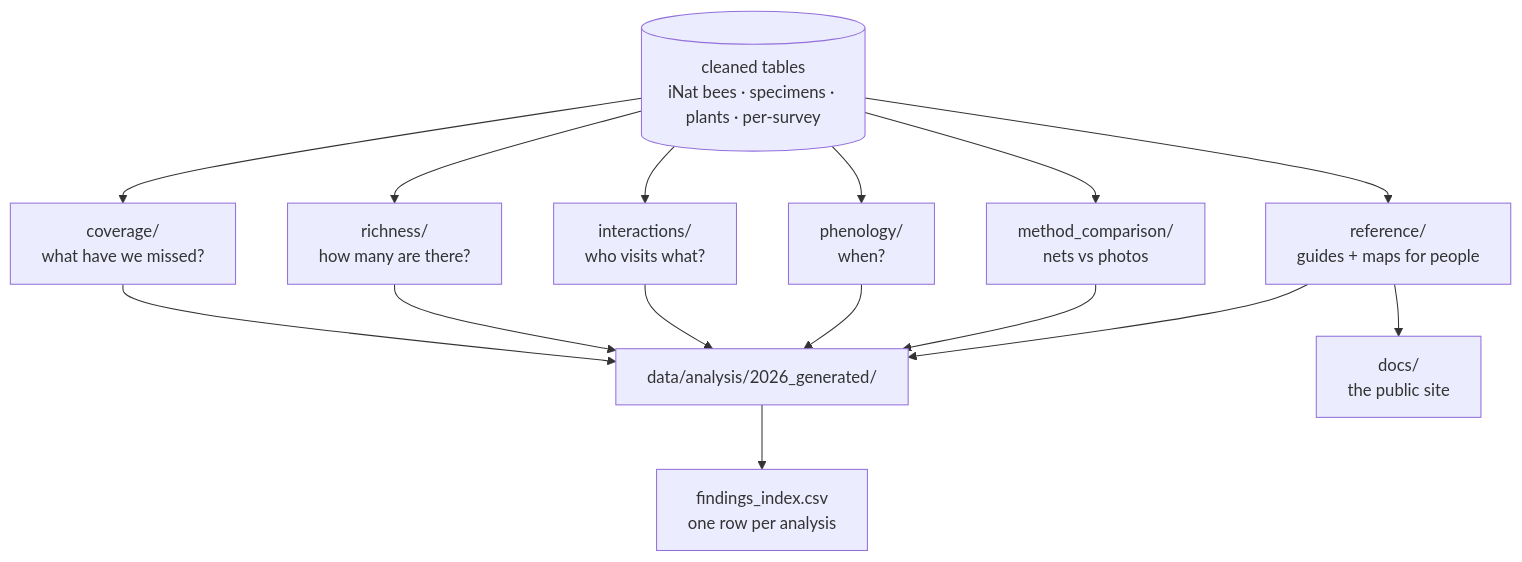
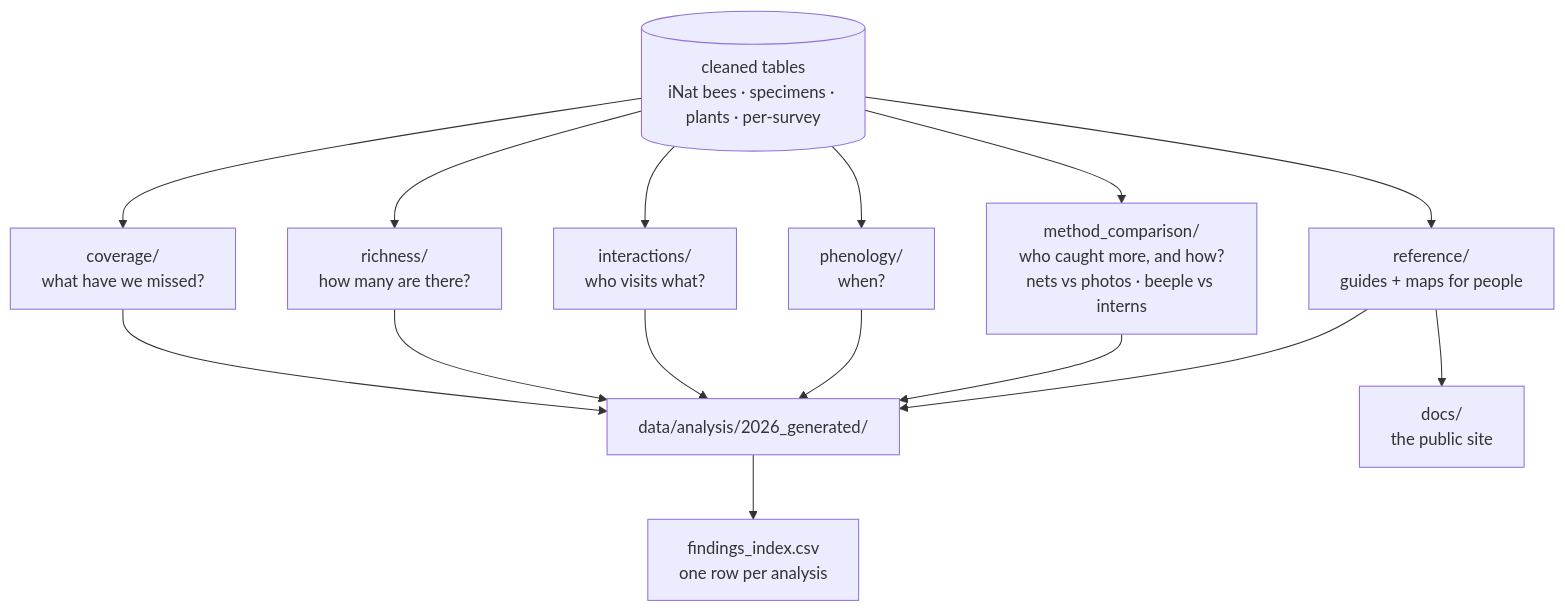
Before and after one commit to RandomBirdLover/beescabr: the diagram in dev-docs/DATA_ANALYSIS.md, drawn with Mermaid. The commit also changed other lines of this file and 4 other files, not shown here.

````diff
--- a/dev-docs/DATA_ANALYSIS.md
+++ b/dev-docs/DATA_ANALYSIS.md
@@ -7,25 +7,25 @@
 ```mermaid
 flowchart TD
   CLEAN[(cleaned tables<br/>iNat bees · specimens · plants · per-survey)] --> COV
   CLEAN --> RICH
   CLEAN --> INT
   CLEAN --> PHEN
   CLEAN --> METH
   CLEAN --> REF
 
   COV[coverage/<br/>what have we missed?]
   RICH[richness/<br/>how many are there?]
   INT[interactions/<br/>who visits what?]
   PHEN[phenology/<br/>when?]
-  METH[method_comparison/<br/>nets vs photos]
+  METH[method_comparison/<br/>who caught more, and how?<br/>nets vs photos · beeple vs interns]
   REF[reference/<br/>guides + maps for people]
 
   COV --> OUT
   RICH --> OUT
   INT --> OUT
   PHEN --> OUT
   METH --> OUT
   REF --> OUT
   OUT[data/analysis/2026_generated/] --> IDX[findings_index.csv<br/>one row per analysis]
   REF --> WEB[docs/<br/>the public site]
 ```
````
